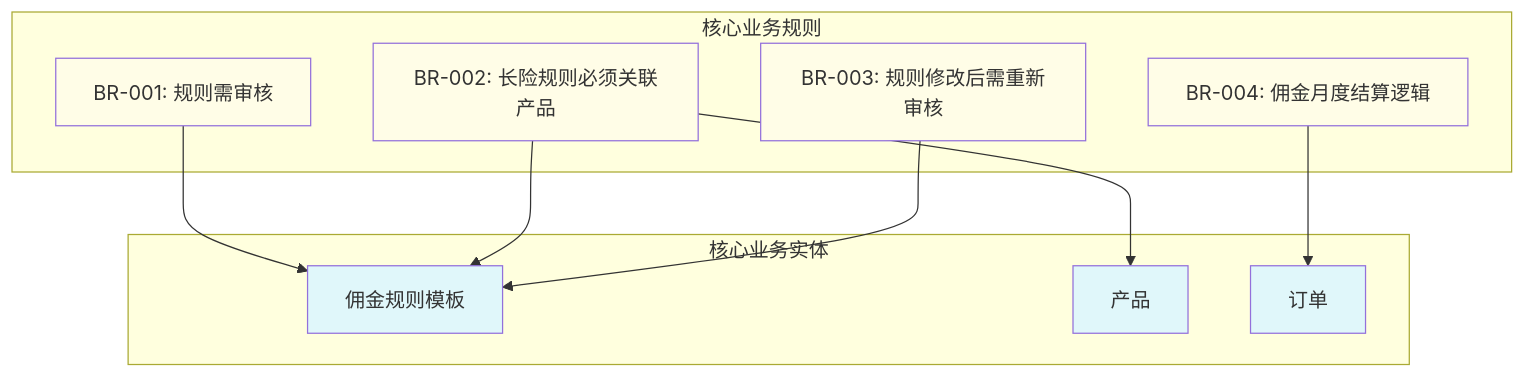
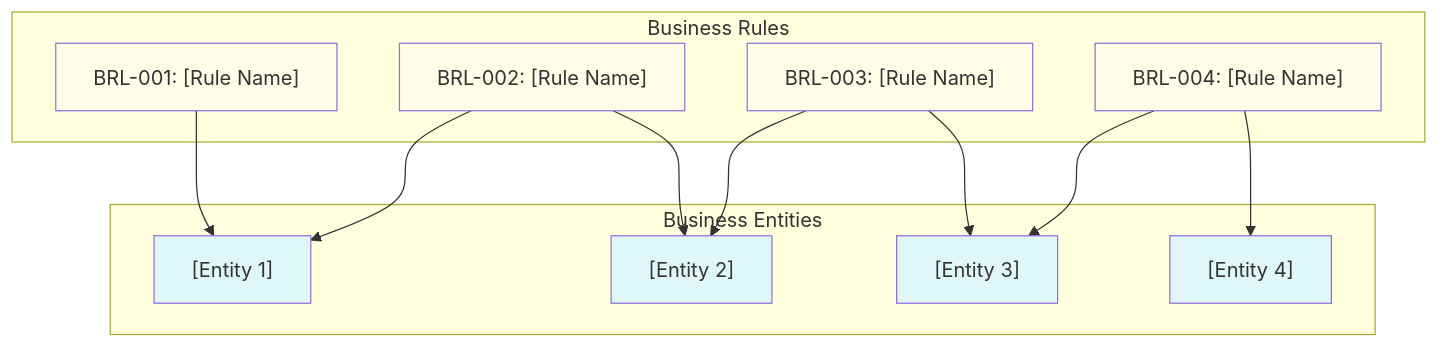
One commit to TestAny-io/srs-writer-plugin changed the diagram in .templates/biz_req_and_rule/biz_req_and_rule_template.md. Above: the diagram before and after it, drawn with Mermaid. The commit also changed other lines of this file and 10 other files, not shown here.

````diff
--- a/.templates/biz_req_and_rule/biz_req_and_rule_template.md
+++ b/.templates/biz_req_and_rule/biz_req_and_rule_template.md
@@ -27,29 +62,33 @@
 ```mermaid
 graph TD
-    subgraph "核心业务实体"
-        E1[佣金规则模板]
-        E2[产品]
-        E3[订单]
+    subgraph "Business Entities"
+        E1["[Entity 1]"]
+        E2["[Entity 2]"]
+        E3["[Entity 3]"]
+        E4["[Entity 4]"]
     end
 
-    subgraph "核心业务规则"
-        BR1["BR-001: 规则需审核"]
-        BR2["BR-002: 长险规则必须关联产品"]
-        BR3["BR-003: 规则修改后需重新审核"]
-        BR4["BR-004: 佣金月度结算逻辑"]
+    subgraph "Business Rules"
+        BR1["BRL-001: [Rule Name]"]
+        BR2["BRL-002: [Rule Name]"]
+        BR3["BRL-003: [Rule Name]"]
+        BR4["BRL-004: [Rule Name]"]
     end
 
     BR1 --> E1
     BR2 --> E1
     BR2 --> E2
-    BR3 --> E1
+    BR3 --> E2
+    BR3 --> E3
     BR4 --> E3
+    BR4 --> E4
 
     style E1 fill:#e0f7fa
     style E2 fill:#e0f7fa
     style E3 fill:#e0f7fa
+    style E4 fill:#e0f7fa
     style BR1 fill:#fffde7
     style BR2 fill:#fffde7
     style BR3 fill:#fffde7
     style BR4 fill:#fffde7
 ```
````
